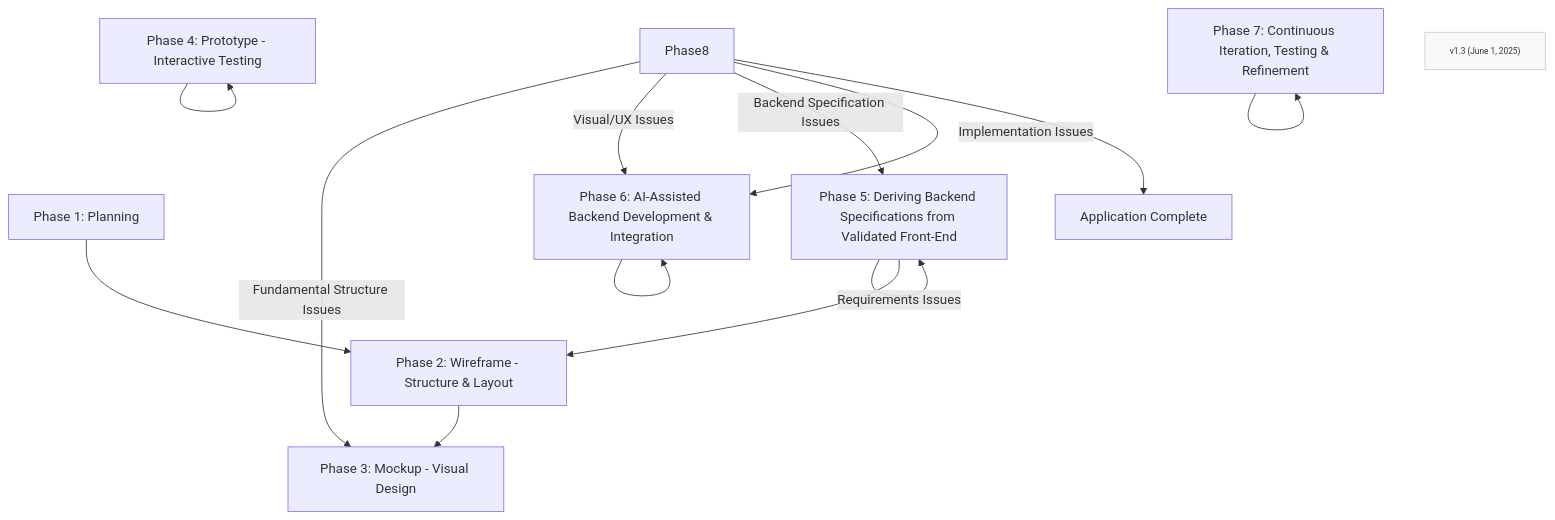
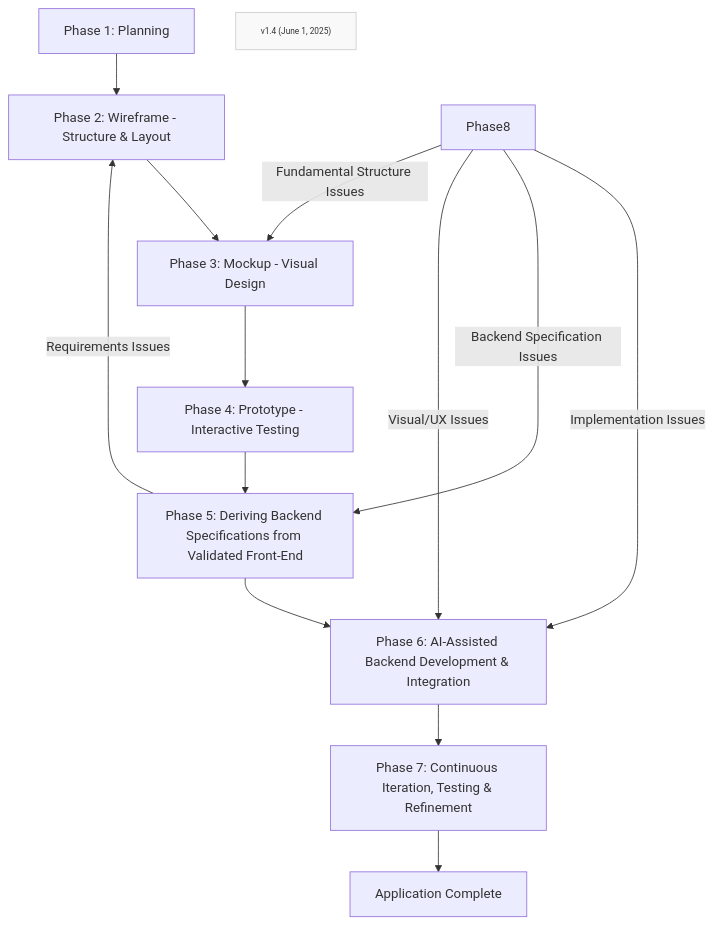
One commit to Mharbulous/Front-First-Method changed the diagram in Method/FF-overview.md. Above: the diagram before and after it, drawn with Mermaid.

Commit message:
Correction to overview map

````diff
--- a/Method/FF-overview.md
+++ b/Method/FF-overview.md
@@ -1,21 +1,21 @@
 ```mermaid
 graph TD
 Phase1["Phase 1: Planning"] --> Phase2["Phase 2: Wireframe - Structure & Layout"]
     Phase2 --> Phase3["Phase 3: Mockup - Visual Design"]
-    Phase4 --> Phase4["Phase 4: Prototype - Interactive Testing"]
-    Phase5 --> Phase5["Phase 5: Deriving Backend Specifications from Validated Front-End"]
-    Phase6 --> Phase6["Phase 6: AI-Assisted Backend Development & Integration"]
-    Phase7 --> Phase7["Phase 7: Continuous Iteration, Testing & Refinement"]
-    Phase8 --> F["Application Complete"]
+    Phase3 --> Phase4["Phase 4: Prototype - Interactive Testing"]
+    Phase4 --> Phase5["Phase 5: Deriving Backend Specifications from Validated Front-End"]
+    Phase5 --> Phase6["Phase 6: AI-Assisted Backend Development & Integration"]
+    Phase6 --> Phase7["Phase 7: Continuous Iteration, Testing & Refinement"]
+    Phase7 --> 8["Application Complete"]
     
     Phase8 -->|Implementation Issues| Phase6
     Phase8 -->|Backend Specification Issues| Phase5
     Phase8 -->|Visual/UX Issues| Phase6
     Phase8 -->|Fundamental Structure Issues| Phase3
 Phase5 -->|Requirements Issues| Phase2
     
-    Version["v1.3 (June 1, 2025)"]
+    Version["v1.4 (June 1, 2025)"]
     
     classDef version fill:#f9f9f9,stroke:#ccc,font-size:10px
     class Version version
 ```
````
